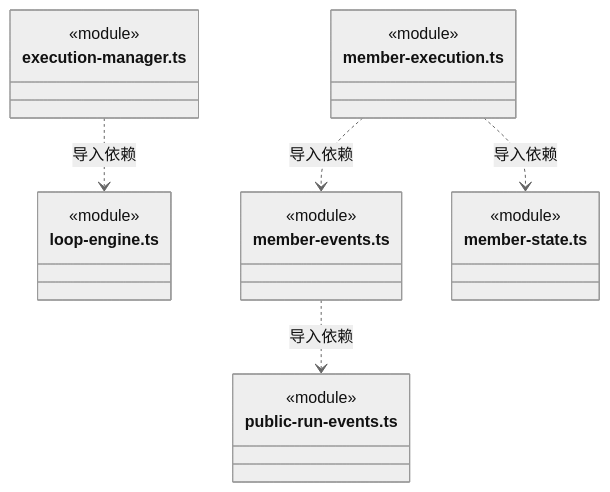
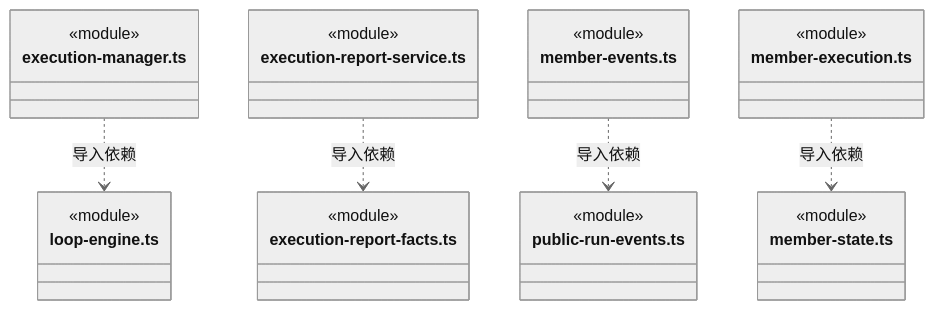
Before and after one commit to nan023062/cbim: diagram 29 of 33 in src/backend/scheduler-engine/execution/ARCHITECTURE.md, drawn with Mermaid (neutral theme). The commit also changed other lines of this file and 55 other files, not shown here.

````diff
--- a/src/backend/scheduler-engine/execution/ARCHITECTURE.md
+++ b/src/backend/scheduler-engine/execution/ARCHITECTURE.md
@@ -711,25 +760,31 @@
 ```mermaid
 classDiagram
 class N_src_backend_scheduler_engine_execution_execution_manager_ts["execution-manager.ts"] {
   <<module>>
 }
 class N_src_backend_scheduler_engine_execution_loop_engine_ts["loop-engine.ts"] {
+  <<module>>
+}
+class N_src_backend_scheduler_engine_execution_execution_report_service_ts["execution-report-service.ts"] {
+  <<module>>
+}
+class N_src_backend_scheduler_engine_execution_execution_report_facts_ts["execution-report-facts.ts"] {
   <<module>>
 }
 class N_src_backend_scheduler_engine_execution_member_events_ts["member-events.ts"] {
   <<module>>
 }
 class N_src_backend_scheduler_engine_execution_public_run_events_ts["public-run-events.ts"] {
   <<module>>
 }
 class N_src_backend_scheduler_engine_execution_member_execution_ts["member-execution.ts"] {
   <<module>>
 }
 class N_src_backend_scheduler_engine_execution_member_state_ts["member-state.ts"] {
   <<module>>
 }
 N_src_backend_scheduler_engine_execution_execution_manager_ts ..> N_src_backend_scheduler_engine_execution_loop_engine_ts : 导入依赖
+N_src_backend_scheduler_engine_execution_execution_report_service_ts ..> N_src_backend_scheduler_engine_execution_execution_report_facts_ts : 导入依赖
 N_src_backend_scheduler_engine_execution_member_events_ts ..> N_src_backend_scheduler_engine_execution_public_run_events_ts : 导入依赖
 N_src_backend_scheduler_engine_execution_member_execution_ts ..> N_src_backend_scheduler_engine_execution_member_state_ts : 导入依赖
-N_src_backend_scheduler_engine_execution_member_execution_ts ..> N_src_backend_scheduler_engine_execution_member_events_ts : 导入依赖
 ```
````
